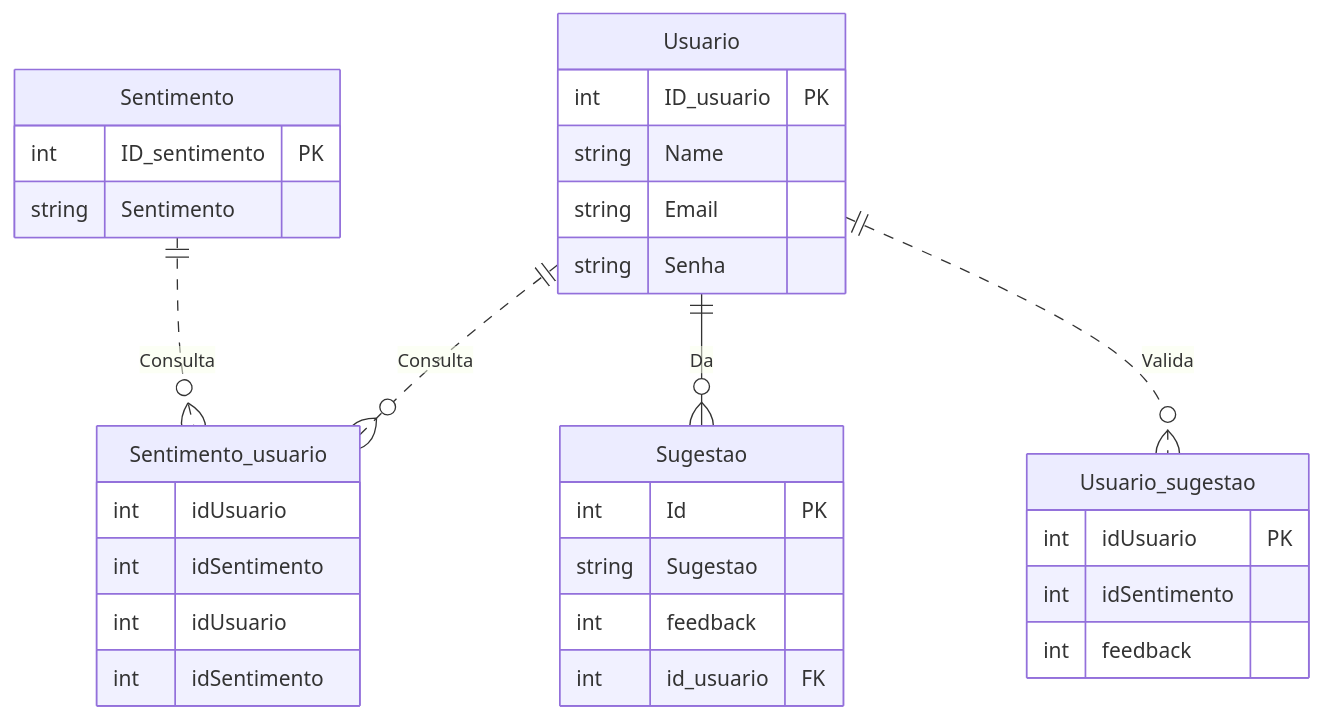
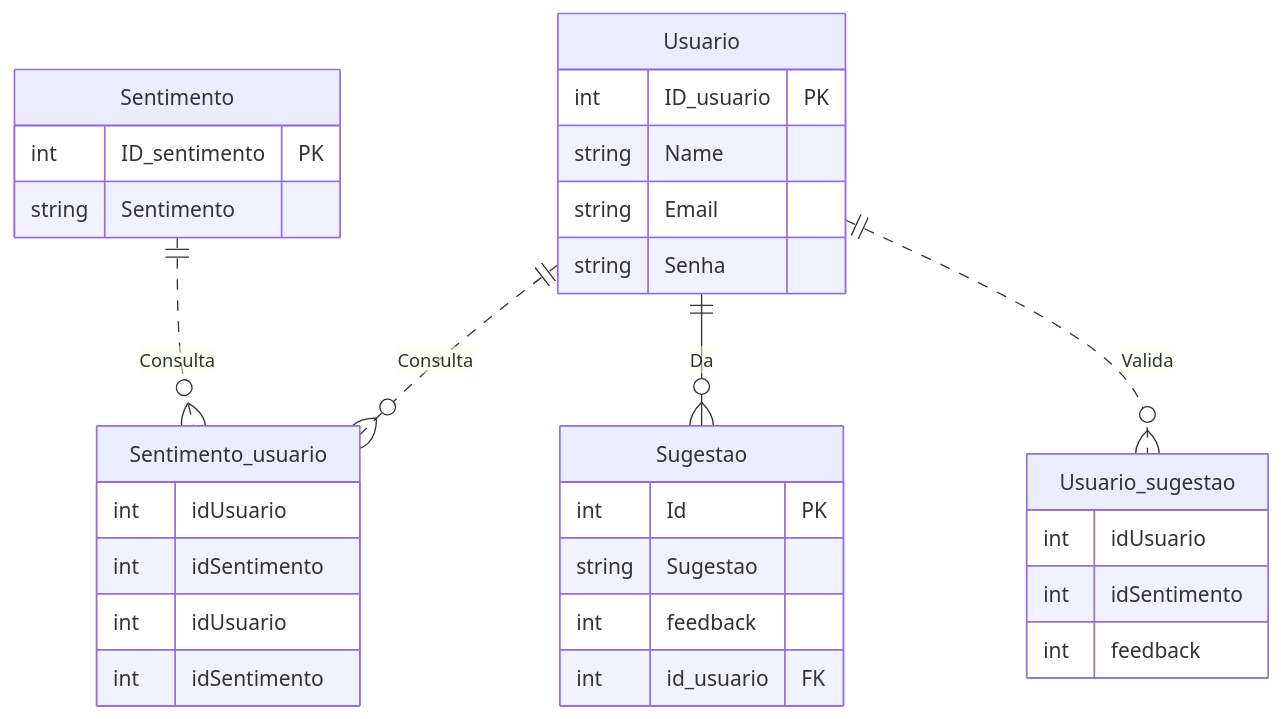
One commit to HTsuyoshi/GetBy changed the diagram in database/README.md. Above: the diagram before and after it, drawn with Mermaid.

````diff
--- a/database/README.md
+++ b/database/README.md
@@ -11,41 +11,41 @@
 ```mermaid
 erDiagram
     Usuario {
         int ID_usuario PK
         string Name
         string Email
         string Senha
     }
     Sentimento {
         int ID_sentimento PK
         string Sentimento
     }
 
     Sentimento_usuario{
         int idUsuario
         int idSentimento
     }
 
     Sugestao {
         int Id PK
         string Sugestao
         int feedback
         int id_usuario FK
     }
 
     Sentimento_usuario {
         int idUsuario
         int idSentimento
     }
 
     Usuario_sugestao {
-        int idUsuario PK
+        int idUsuario
         int idSentimento
         int feedback
     }
 
     Usuario ||..o{ Sentimento_usuario : "Consulta"
     Sentimento ||..o{ Sentimento_usuario : "Consulta"
     Usuario ||--o{ Sugestao : "Da"
     Usuario ||..o{ Usuario_sugestao : "Valida"
 ```
````
